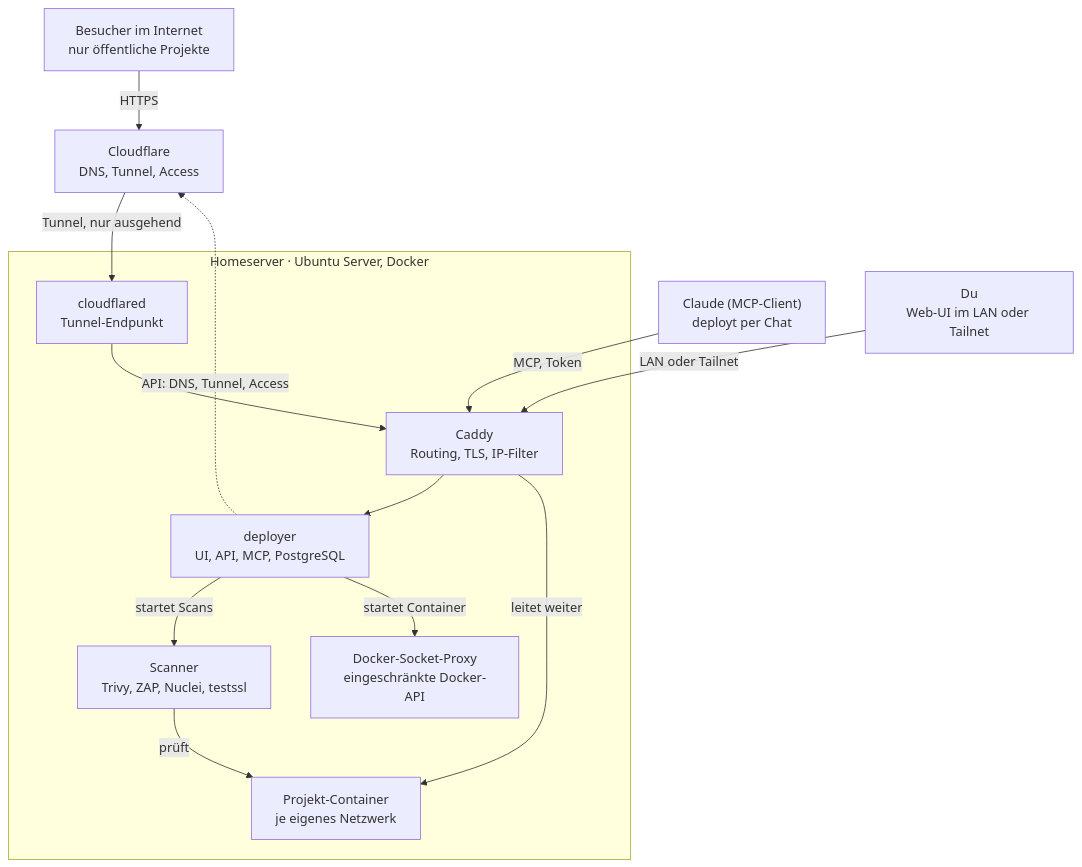
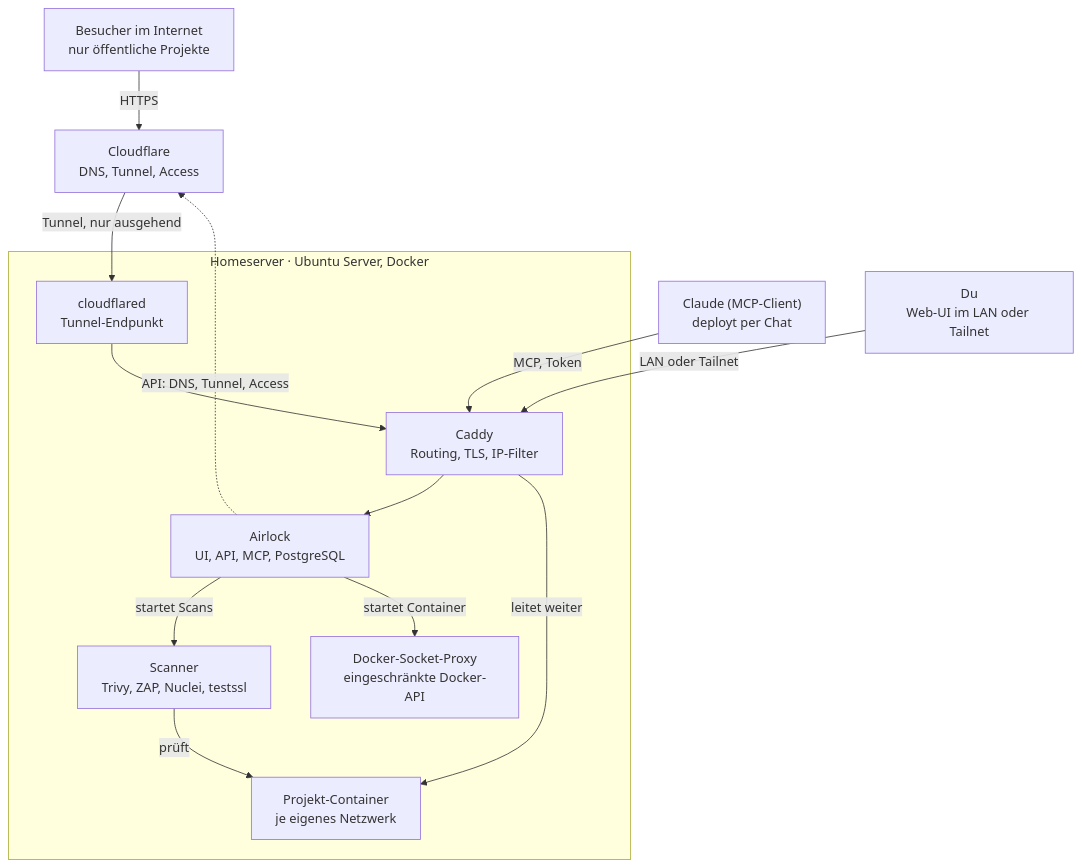
The diagram in docs/SPEC.md (jjoeojieajfhpdsonf/deployer), drawn with Mermaid before and after one commit. The commit also changed other lines of this file and 182 other files, not shown here.

First line of the commit message:
Umbenennung deployer → Airlock: Name, Pakete, Stack und Docker-Namen

````diff
--- a/docs/SPEC.md
+++ b/docs/SPEC.md
@@ -30,28 +30,28 @@
 ```mermaid
 flowchart TB
     visitors["Besucher im Internet<br/>nur öffentliche Projekte"]
     claude["Claude (MCP-Client)<br/>deployt per Chat"]
     you["Du<br/>Web-UI im LAN oder Tailnet"]
     cf["Cloudflare<br/>DNS, Tunnel, Access"]
 
     subgraph server["Homeserver · Ubuntu Server, Docker"]
         cfd["cloudflared<br/>Tunnel-Endpunkt"]
         caddy["Caddy<br/>Routing, TLS, IP-Filter"]
-        deployer["deployer<br/>UI, API, MCP, PostgreSQL"]
+        airlock["Airlock<br/>UI, API, MCP, PostgreSQL"]
         projects["Projekt-Container<br/>je eigenes Netzwerk"]
         scanner["Scanner<br/>Trivy, ZAP, Nuclei, testssl"]
         proxy["Docker-Socket-Proxy<br/>eingeschränkte Docker-API"]
     end
 
     visitors -- HTTPS --> cf
     cf -- "Tunnel, nur ausgehend" --> cfd
     cfd --> caddy
     claude -- "MCP, Token" --> caddy
     you -- "LAN oder Tailnet" --> caddy
-    caddy --> deployer
+    caddy --> airlock
     caddy -- "leitet weiter" --> projects
-    deployer -- "startet Scans" --> scanner
-    deployer -- "startet Container" --> proxy
+    airlock -- "startet Scans" --> scanner
+    airlock -- "startet Container" --> proxy
     scanner -- prüft --> projects
-    deployer -. "API: DNS, Tunnel, Access" .-> cf
+    airlock -. "API: DNS, Tunnel, Access" .-> cf
 ```
````
